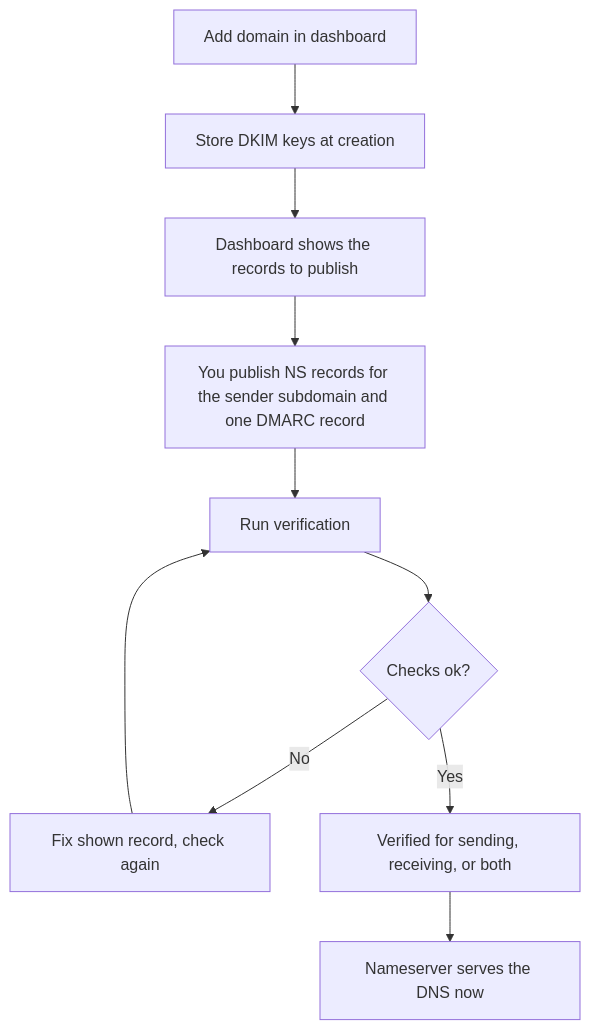
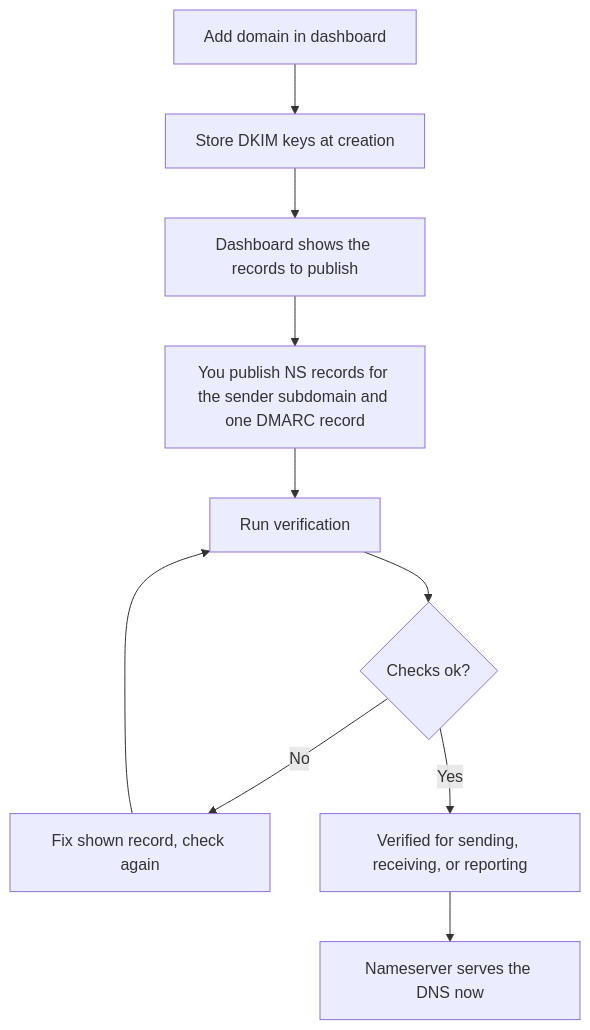
The second of 2 diagrams in docs/docs/domains.md (codingjoe/relay), drawn with Mermaid before and after one commit. The commit also changed other lines of this file and 16 other files, not shown here.

````diff
--- a/docs/docs/domains.md
+++ b/docs/docs/domains.md
@@ -67,12 +67,12 @@
 ```mermaid
 flowchart TD
     A[Add domain in dashboard] --> B[Store DKIM keys at creation]
     B --> C[Dashboard shows the records to publish]
     C --> D[You publish NS records for the sender subdomain and one DMARC record]
     D --> E[Run verification]
     E --> F{Checks ok?}
     F -- No --> G[Fix shown record, check again]
     G --> E
-    F -- Yes --> H[Verified for sending, receiving, or both]
+    F -- Yes --> H[Verified for sending, receiving, or reporting]
     H --> I[Nameserver serves the DNS now]
 ```
````
